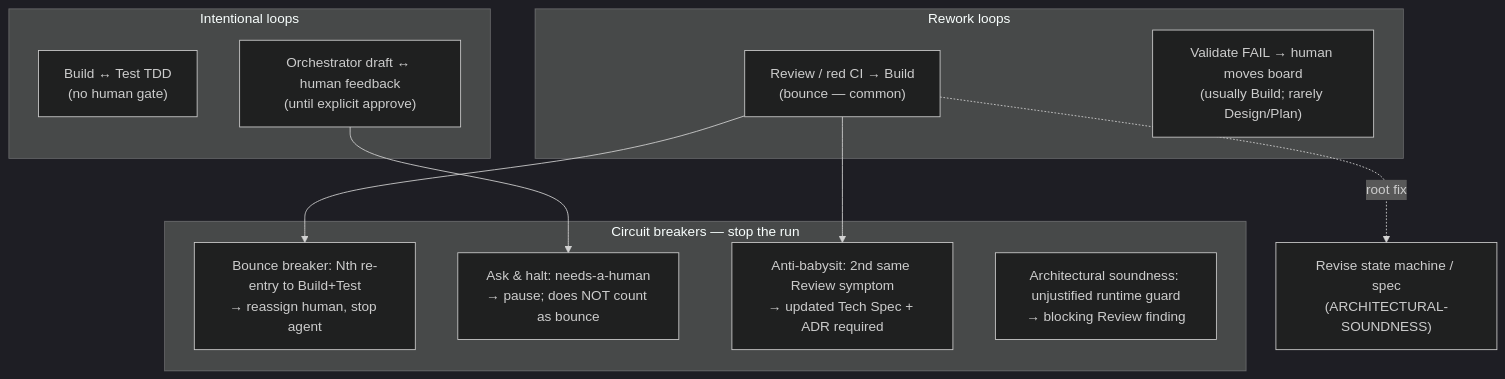
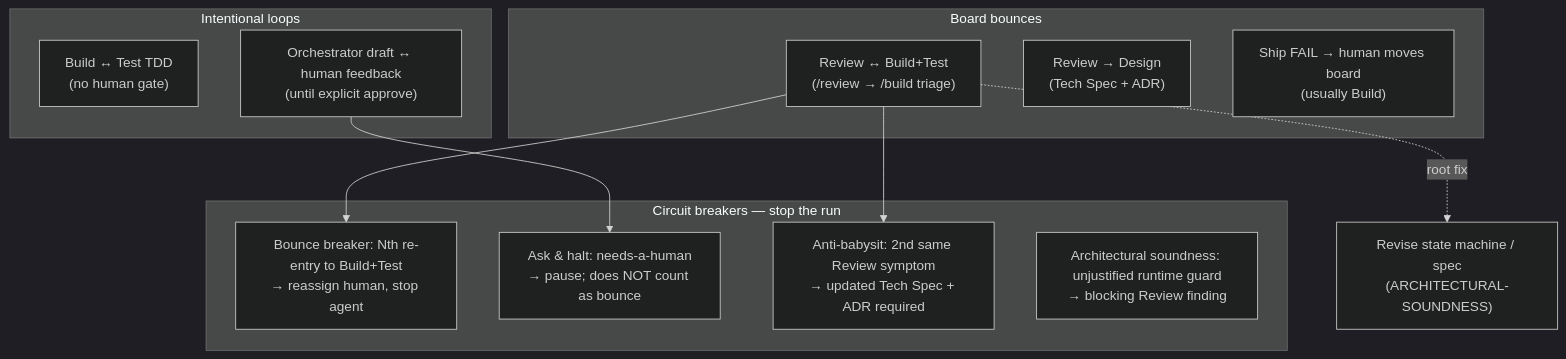
One commit to queen-of-code/AI-DLC changed the fourth of 10 diagrams in docs/GETTING-ORIENTED.md. Above: the diagram before and after it, drawn with Mermaid (dark theme). The commit also changed other lines of this file and 1 other file, not shown here.

First line of the commit message:
docs: show regular tracker bounces (Review↔Build, etc.)

````diff
--- a/docs/GETTING-ORIENTED.md
+++ b/docs/GETTING-ORIENTED.md
@@ -156,24 +191,25 @@
 ```mermaid
 flowchart TB
   subgraph intentional [Intentional loops]
     TDD["Build ↔ Test TDD<br/>(no human gate)"]
     ORCH["Orchestrator draft ↔ human feedback<br/>(until explicit approve)"]
   end
 
-  subgraph failure [Rework loops]
-    BOUNCE["Review / red CI → Build<br/>(bounce — common)"]
-    VALRET["Validate FAIL → human moves board<br/>(usually Build; rarely Design/Plan)"]
+  subgraph failure [Board bounces]
+    BOUNCE["Review ↔ Build+Test<br/>(/review → /build triage)"]
+    SPEC["Review → Design<br/>(Tech Spec + ADR)"]
+    VALRET["Ship FAIL → human moves board<br/>(usually Build)"]
   end
 
   subgraph breakers [Circuit breakers — stop the run]
     CB1["Bounce breaker: Nth re-entry to Build+Test<br/>→ reassign human, stop agent"]
     CB2["Ask & halt: needs-a-human<br/>→ pause; does NOT count as bounce"]
     CB3["Anti-babysit: 2nd same Review symptom<br/>→ updated Tech Spec + ADR required"]
     CB4["Architectural soundness: unjustified runtime guard<br/>→ blocking Review finding"]
   end
 
   BOUNCE --> CB1
   BOUNCE -.->|root fix| ARCH["Revise state machine / spec<br/>(ARCHITECTURAL-SOUNDNESS)"]
   ORCH --> CB2
   BOUNCE --> CB3
 ```
````
